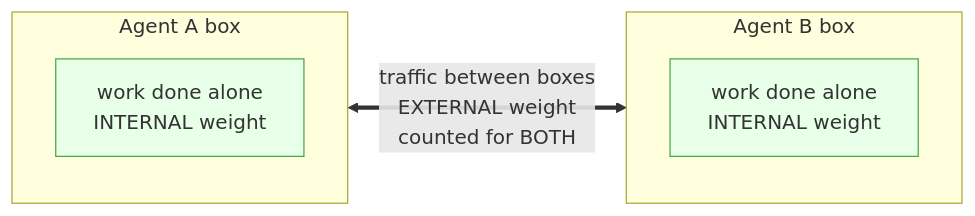
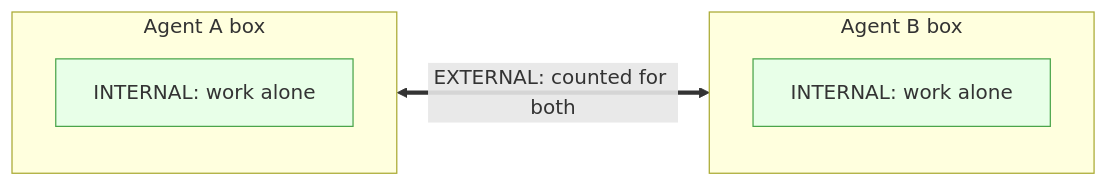
One commit to mondweep/vibe-cast changed the sixth of 9 diagrams in README.md. Above: the diagram before and after it, drawn with Mermaid. The commit also changed other lines of this file, not shown here.

````diff
--- a/README.md
+++ b/README.md
@@ -271,12 +292,12 @@
 ```mermaid
 flowchart LR
     subgraph BoxA["Agent A box"]
-        AW["work done alone<br/>INTERNAL weight"]
+        AW["INTERNAL: work alone"]
     end
     subgraph BoxB["Agent B box"]
-        BW["work done alone<br/>INTERNAL weight"]
+        BW["INTERNAL: work alone"]
     end
-    BoxA <== "traffic between boxes<br/>EXTERNAL weight<br/>counted for BOTH" ==> BoxB
+    BoxA <== "EXTERNAL: counted for both" ==> BoxB
     style AW fill:#e8ffe8,stroke:#4aa54a
     style BW fill:#e8ffe8,stroke:#4aa54a
 ```
````
